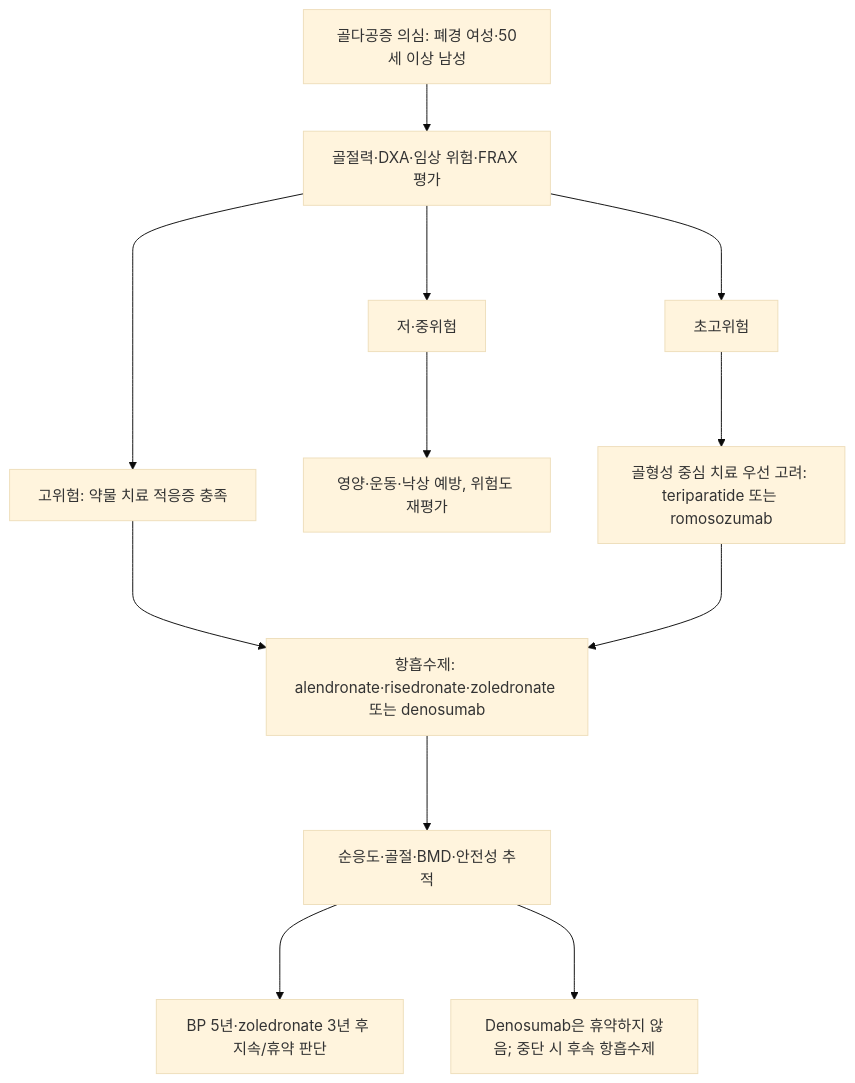
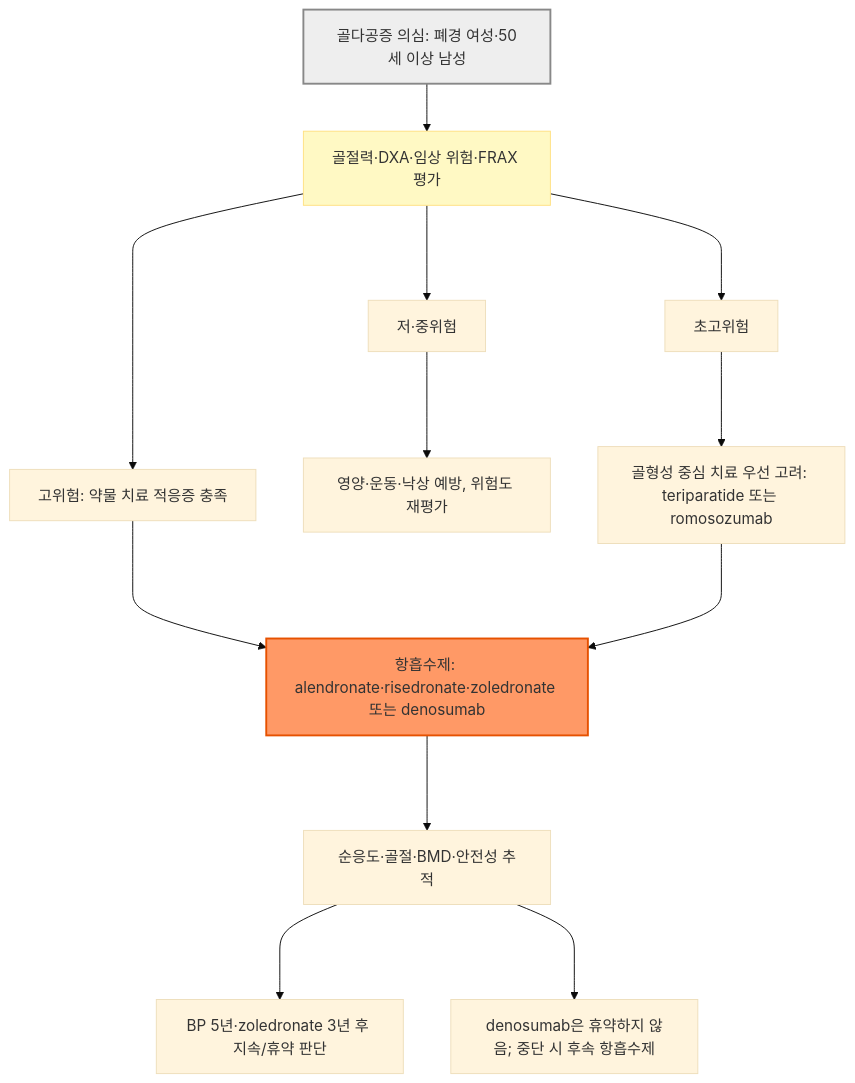
Before and after one commit to familyoh77/familyoh77: the first of 2 diagrams in 228_/149_-osteoporosis.md, drawn with Mermaid (base theme). The commit also changed other lines of this file and 10 other files, not shown here.

````diff
--- a/228_/149_-osteoporosis.md
+++ b/228_/149_-osteoporosis.md
@@ -176,15 +176,20 @@
 ```mermaid
-graph TD
+flowchart TD
     A["골다공증 의심: 폐경 여성·50세 이상 남성"]
     A --> E["골절력·DXA·임상 위험·FRAX 평가"]
     E ---> L["저·중위험"]
     E ---> H["고위험: 약물 치료 적응증 충족"]
     E ---> V["초고위험"]
     L ---> N["영양·운동·낙상 예방, 위험도 재평가"]
     H ---> R["항흡수제: alendronate·risedronate·zoledronate 또는 denosumab"]
     V ---> B["골형성 중심 치료 우선 고려: teriparatide 또는 romosozumab"]
     B ---> R
     R ---> F["순응도·골절·BMD·안전성 추적"]
     F ---> C["BP 5년·zoledronate 3년 후 지속/휴약 판단"]
-    F ---> D["Denosumab은 휴약하지 않음; 중단 시 후속 항흡수제"]
+    F ---> D["denosumab은 휴약하지 않음; 중단 시 후속 항흡수제"]
+
+    classDef question fill:#fff9c4,stroke:#ffe082
+    class E question
+    style A fill:#eeeeee,stroke:#888888,stroke-width:2px
+    style R fill:#f96,stroke:#e65100,stroke-width:2px
 ```
````
